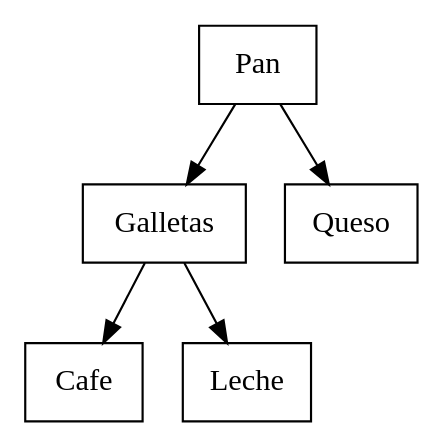
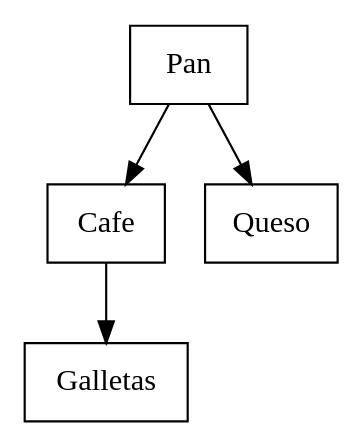
One commit to RonaldSamayoa/Proyecto1_EDD_PS26 changed the diagram in output/avl.dot. Above: the diagram before and after it, drawn with Graphviz. The commit also changed 8 other files, not shown here.

```diff
--- a/output/avl.dot
+++ b/output/avl.dot
@@ -1,12 +1,10 @@
 digraph AVL {
 node [shape=record];
-"0x587e9a72af10" [label="Pan"];
-"0x587e9a72af10" -> "0x587e9a729310";
-"0x587e9a729310" [label="Galletas"];
-"0x587e9a729310" -> "0x587e9a729240";
-"0x587e9a729240" [label="Cafe"];
-"0x587e9a729310" -> "0x587e9a7290c0";
-"0x587e9a7290c0" [label="Leche"];
-"0x587e9a72af10" -> "0x587e9a729190";
-"0x587e9a729190" [label="Queso"];
+"0x5cd9460ccf10" [label="Pan"];
+"0x5cd9460ccf10" -> "0x5cd9460ccba0";
+"0x5cd9460ccba0" [label="Cafe"];
+"0x5cd9460ccba0" -> "0x5cd9460ccc70";
+"0x5cd9460ccc70" [label="Galletas"];
+"0x5cd9460ccf10" -> "0x5cd9460ccad0";
+"0x5cd9460ccad0" [label="Queso"];
 }
```
